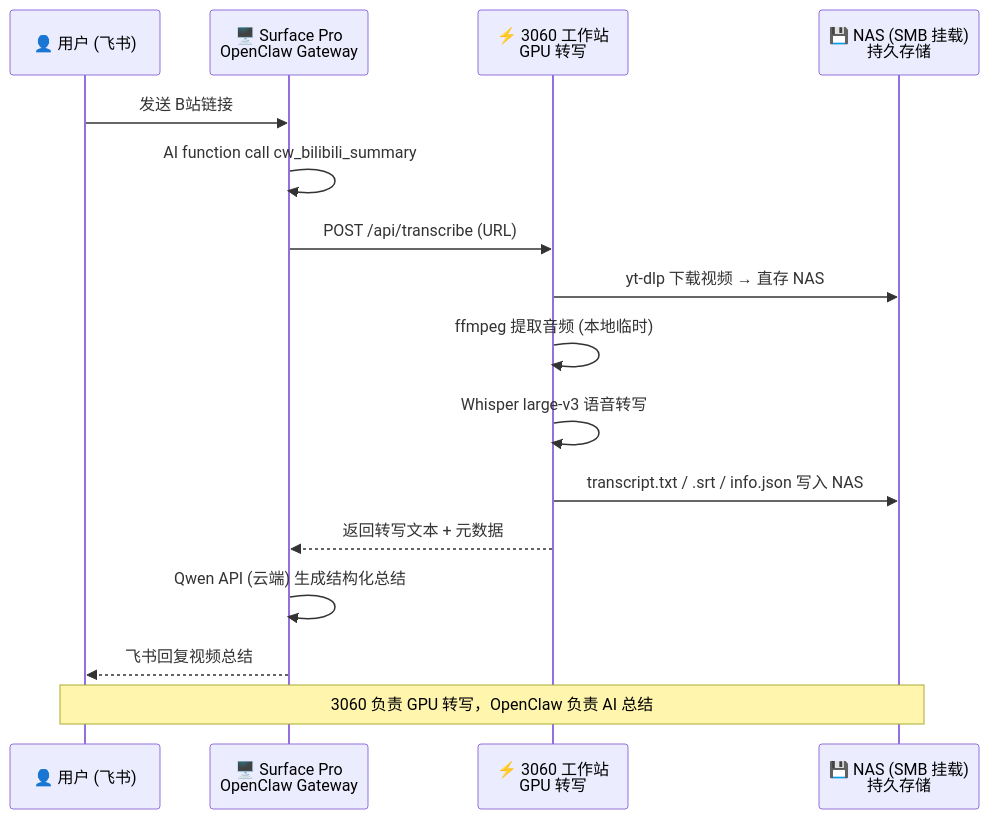
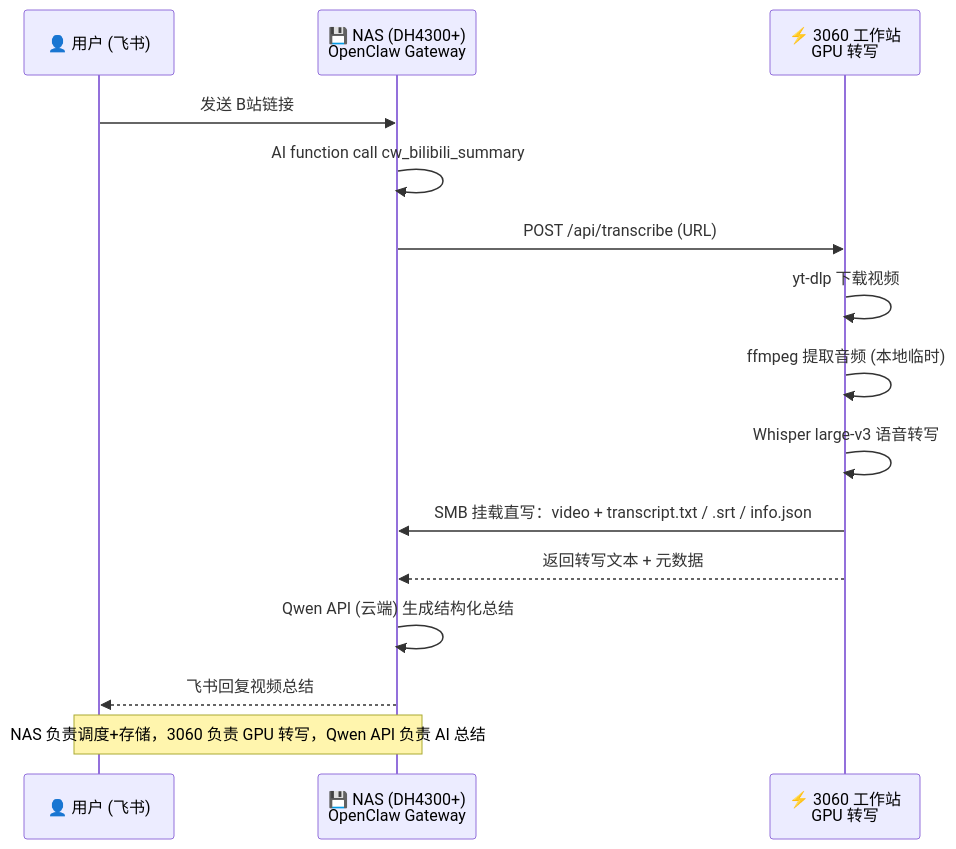
The second of 2 diagrams in README.md (chenweidu666/OpenClaw-Private-AI), drawn with Mermaid before and after one commit. The commit also changed other lines of this file and 1 other file, not shown here.

First line of the commit message:
docs: 架构迁移 Surface Pro → NAS，新增坑15（ARM64 Node.js 安装）

````diff
--- a/README.md
+++ b/README.md
@@ -77,19 +70,18 @@
 ```mermaid
 sequenceDiagram
     participant U as 👤 用户 (飞书)
-    participant S as 🖥️ Surface Pro<br/>OpenClaw Gateway
+    participant N as 💾 NAS (DH4300+)<br/>OpenClaw Gateway
     participant G as ⚡ 3060 工作站<br/>GPU 转写
-    participant N as 💾 NAS (SMB 挂载)<br/>持久存储
 
-    U->>S: 发送 B站链接
-    S->>S: AI function call cw_bilibili_summary
-    S->>G: POST /api/transcribe (URL)
-    G->>N: yt-dlp 下载视频 → 直存 NAS
+    U->>N: 发送 B站链接
+    N->>N: AI function call cw_bilibili_summary
+    N->>G: POST /api/transcribe (URL)
+    G->>G: yt-dlp 下载视频
     G->>G: ffmpeg 提取音频 (本地临时)
     G->>G: Whisper large-v3 语音转写
-    G->>N: transcript.txt / .srt / info.json 写入 NAS
-    G-->>S: 返回转写文本 + 元数据
-    S->>S: Qwen API (云端) 生成结构化总结
-    S-->>U: 飞书回复视频总结
-    Note over U,N: 3060 负责 GPU 转写，OpenClaw 负责 AI 总结
+    G->>N: SMB 挂载直写：video + transcript.txt / .srt / info.json
+    G-->>N: 返回转写文本 + 元数据
+    N->>N: Qwen API (云端) 生成结构化总结
+    N-->>U: 飞书回复视频总结
+    Note over U,N: NAS 负责调度+存储，3060 负责 GPU 转写，Qwen API 负责 AI 总结
 ```
````
